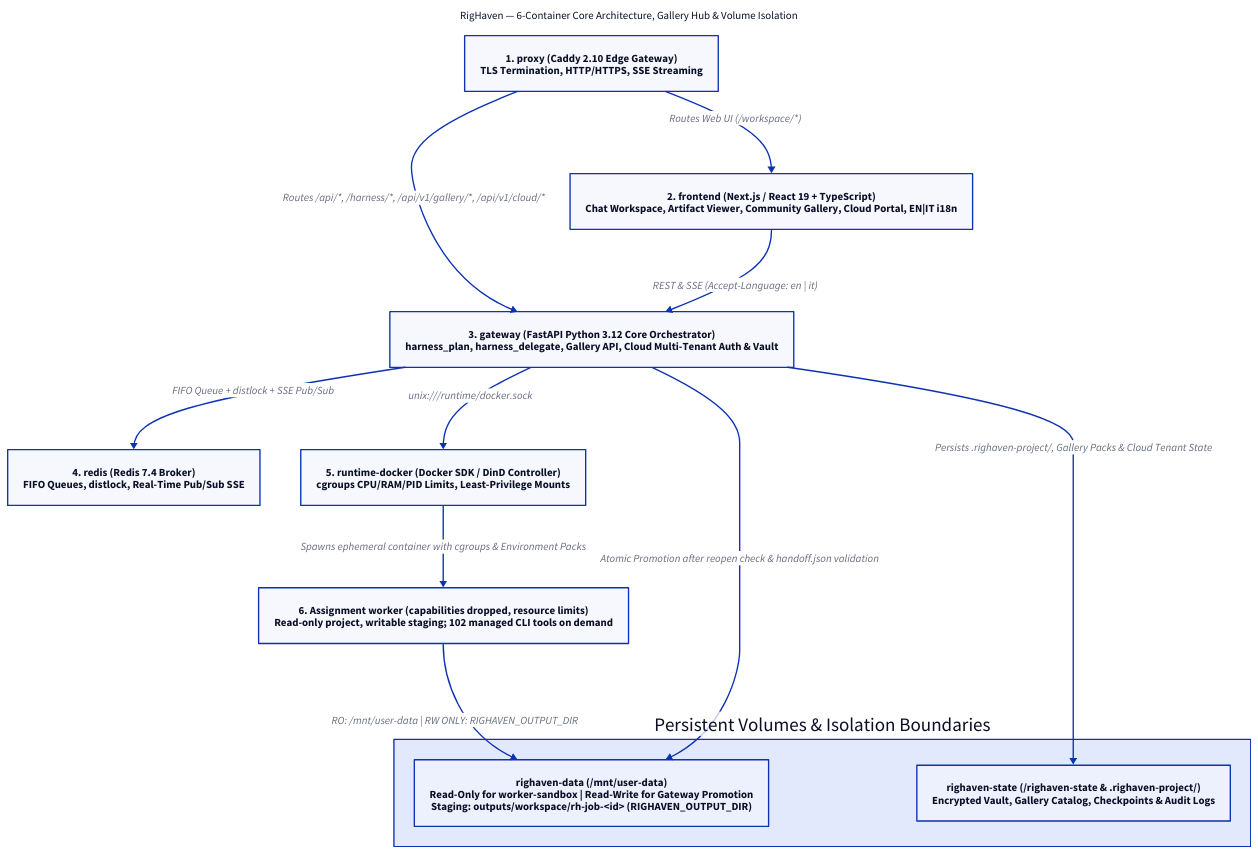
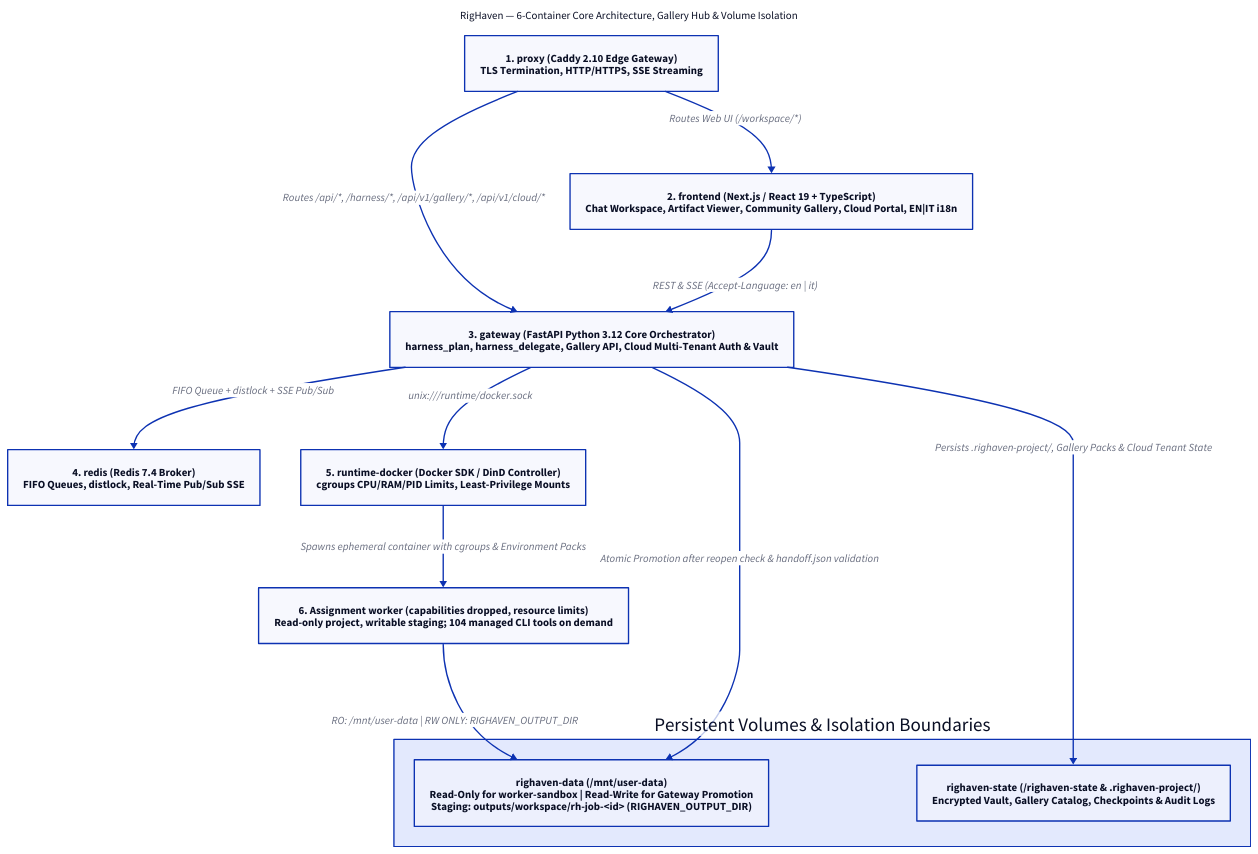
Before and after one commit to ggmm82/righaven: the diagram in docs/c4/righaven_containers.d2, drawn with D2. The commit also changed 34 other files, not shown here.

Commit message:
Add on-demand Frictionless and Ruff validation tools

```diff
--- a/docs/c4/righaven_containers.d2
+++ b/docs/c4/righaven_containers.d2
@@ -1,29 +1,29 @@
 direction: down
 
 title: {
   label: "RigHaven — 6-Container Core Architecture, Gallery Hub & Volume Isolation"
   near: top-center
   shape: text
 }
 
 proxy: "1. proxy (Caddy 2.10 Edge Gateway)\nTLS Termination, HTTP/HTTPS, SSE Streaming"
 frontend: "2. frontend (Next.js / React 19 + TypeScript)\nChat Workspace, Artifact Viewer, Community Gallery, Cloud Portal, EN|IT i18n"
 gateway: "3. gateway (FastAPI Python 3.12 Core Orchestrator)\nharness_plan, harness_delegate, Gallery API, Cloud Multi-Tenant Auth & Vault"
 redis: "4. redis (Redis 7.4 Broker)\nFIFO Queues, distlock, Real-Time Pub/Sub SSE"
 runtime_docker: "5. runtime-docker (Docker SDK / DinD Controller)\ncgroups CPU/RAM/PID Limits, Least-Privilege Mounts"
-worker_sandbox: "6. Assignment worker (capabilities dropped, resource limits)\nRead-only project, writable staging; 102 managed CLI tools on demand"
+worker_sandbox: "6. Assignment worker (capabilities dropped, resource limits)\nRead-only project, writable staging; 104 managed CLI tools on demand"
 
 volumes: "Persistent Volumes & Isolation Boundaries" {
   righaven_data: "righaven-data (/mnt/user-data)\nRead-Only for worker-sandbox | Read-Write for Gateway Promotion\nStaging: outputs/workspace/rh-job-<id> (RIGHAVEN_OUTPUT_DIR)"
   righaven_state: "righaven-state (/righaven-state & .righaven-project/)\nEncrypted Vault, Gallery Catalog, Checkpoints & Audit Logs"
 }
 
 proxy -> frontend: "Routes Web UI (/workspace/*)"
 proxy -> gateway: "Routes /api/*, /harness/*, /api/v1/gallery/*, /api/v1/cloud/*"
 frontend -> gateway: "REST & SSE (Accept-Language: en | it)"
 gateway -> redis: "FIFO Queue + distlock + SSE Pub/Sub"
 gateway -> runtime_docker: "unix:///runtime/docker.sock"
 runtime_docker -> worker_sandbox: "Spawns ephemeral container with cgroups & Environment Packs"
 worker_sandbox -> volumes.righaven_data: "RO: /mnt/user-data | RW ONLY: RIGHAVEN_OUTPUT_DIR"
 gateway -> volumes.righaven_data: "Atomic Promotion after reopen check & handoff.json validation"
 gateway -> volumes.righaven_state: "Persists .righaven-project/, Gallery Packs & Cloud Tenant State"
```
